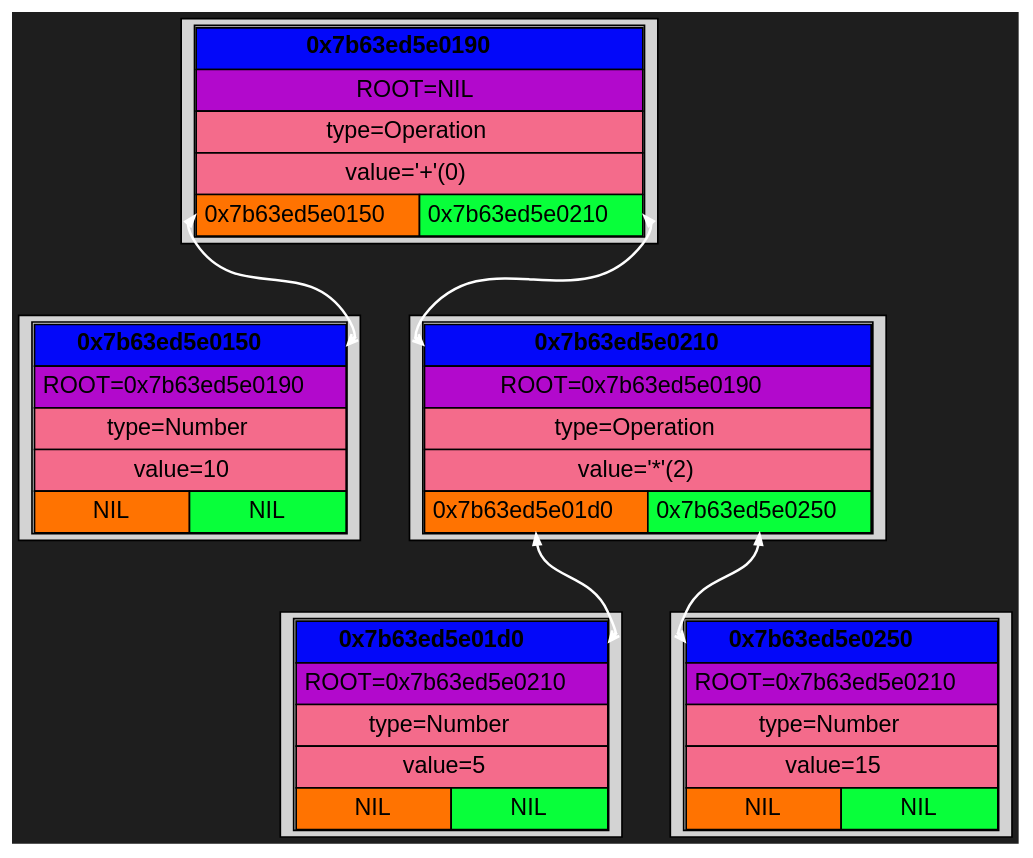
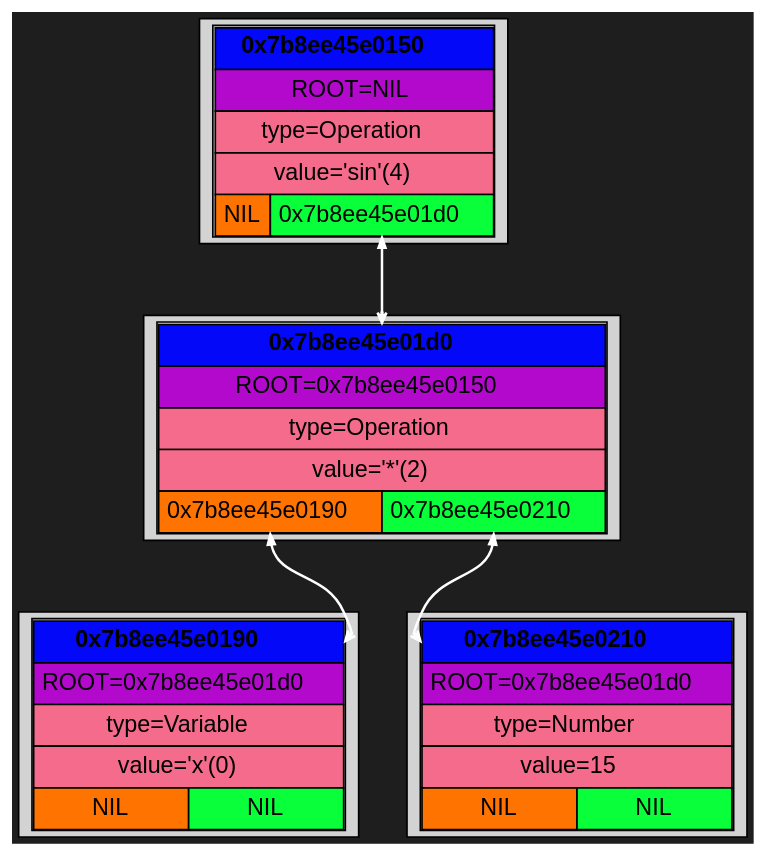
The diagram in Dump/BinTree/graph.dot (Kabuto-Mainer/Diff), drawn with Graphviz before and after one commit. The commit also changed 12 other files, not shown here.

```diff
--- a/Dump/BinTree/graph.dot
+++ b/Dump/BinTree/graph.dot
@@ -1,74 +1,61 @@
 digraph {
   rankdir=UD;
   bgcolor="#1e1e1e"
   nodesep=0.4;
   ranksep=0.6;
   node [shape=plaintext, style=filled, fontname="Helvetica"];
   edge [arrowhead=vee, arrowsize=0.6, penwidth=1.2];
 
-block_0x7b63ed5e0150 [shape=box, label=<
+block_0x7b8ee45e0190 [shape=box, label=<
 <TABLE CELLSPACING="0" CELLPADDING="4">
-<TR><TD PORT="root" BGCOLOR="#0308f9ff" COLSPAN="2"><B>0x7b63ed5e0150</B></TD></TR>
-<TR><TD BGCOLOR="#b209ccff" COLSPAN="2">ROOT=0x7b63ed5e0190</TD></TR>
-<TR><TD BGCOLOR="#f46b8bff" COLSPAN="2">type=Number</TD></TR>
-<TR><TD BGCOLOR="#f46b8bff" COLSPAN="2">value=10</TD></TR>
+<TR><TD PORT="root" BGCOLOR="#0308f9ff" COLSPAN="2"><B>0x7b8ee45e0190</B></TD></TR>
+<TR><TD BGCOLOR="#b209ccff" COLSPAN="2">ROOT=0x7b8ee45e01d0</TD></TR>
+<TR><TD BGCOLOR="#f46b8bff" COLSPAN="2">type=Variable</TD></TR>
+<TR><TD BGCOLOR="#f46b8bff" COLSPAN="2">value='x'(0)</TD></TR>
 <TR>
 <TD PORT="left" BGCOLOR="#ff7301ff">NIL</TD>
 <TD PORT="right" BGCOLOR="#08ff3aff">NIL</TD>
 </TR>
 </TABLE> >];
 
-block_0x7b63ed5e01d0 [shape=box, label=<
+block_0x7b8ee45e0210 [shape=box, label=<
 <TABLE CELLSPACING="0" CELLPADDING="4">
-<TR><TD PORT="root" BGCOLOR="#0308f9ff" COLSPAN="2"><B>0x7b63ed5e01d0</B></TD></TR>
-<TR><TD BGCOLOR="#b209ccff" COLSPAN="2">ROOT=0x7b63ed5e0210</TD></TR>
-<TR><TD BGCOLOR="#f46b8bff" COLSPAN="2">type=Number</TD></TR>
-<TR><TD BGCOLOR="#f46b8bff" COLSPAN="2">value=5</TD></TR>
-<TR>
-<TD PORT="left" BGCOLOR="#ff7301ff">NIL</TD>
-<TD PORT="right" BGCOLOR="#08ff3aff">NIL</TD>
-</TR>
-</TABLE> >];
-
-block_0x7b63ed5e0250 [shape=box, label=<
-<TABLE CELLSPACING="0" CELLPADDING="4">
-<TR><TD PORT="root" BGCOLOR="#0308f9ff" COLSPAN="2"><B>0x7b63ed5e0250</B></TD></TR>
-<TR><TD BGCOLOR="#b209ccff" COLSPAN="2">ROOT=0x7b63ed5e0210</TD></TR>
+<TR><TD PORT="root" BGCOLOR="#0308f9ff" COLSPAN="2"><B>0x7b8ee45e0210</B></TD></TR>
+<TR><TD BGCOLOR="#b209ccff" COLSPAN="2">ROOT=0x7b8ee45e01d0</TD></TR>
 <TR><TD BGCOLOR="#f46b8bff" COLSPAN="2">type=Number</TD></TR>
 <TR><TD BGCOLOR="#f46b8bff" COLSPAN="2">value=15</TD></TR>
 <TR>
 <TD PORT="left" BGCOLOR="#ff7301ff">NIL</TD>
 <TD PORT="right" BGCOLOR="#08ff3aff">NIL</TD>
 </TR>
 </TABLE> >];
 
-block_0x7b63ed5e0210 [shape=box, label=<
+block_0x7b8ee45e01d0 [shape=box, label=<
 <TABLE CELLSPACING="0" CELLPADDING="4">
-<TR><TD PORT="root" BGCOLOR="#0308f9ff" COLSPAN="2"><B>0x7b63ed5e0210</B></TD></TR>
-<TR><TD BGCOLOR="#b209ccff" COLSPAN="2">ROOT=0x7b63ed5e0190</TD></TR>
+<TR><TD PORT="root" BGCOLOR="#0308f9ff" COLSPAN="2"><B>0x7b8ee45e01d0</B></TD></TR>
+<TR><TD BGCOLOR="#b209ccff" COLSPAN="2">ROOT=0x7b8ee45e0150</TD></TR>
 <TR><TD BGCOLOR="#f46b8bff" COLSPAN="2">type=Operation</TD></TR>
 <TR><TD BGCOLOR="#f46b8bff" COLSPAN="2">value='*'(2)</TD></TR>
 <TR>
-<TD PORT="left" BGCOLOR="#ff7301ff">0x7b63ed5e01d0</TD>
-<TD PORT="right" BGCOLOR="#08ff3aff">0x7b63ed5e0250</TD>
+<TD PORT="left" BGCOLOR="#ff7301ff">0x7b8ee45e0190</TD>
+<TD PORT="right" BGCOLOR="#08ff3aff">0x7b8ee45e0210</TD>
 </TR>
 </TABLE> >];
 
-block_0x7b63ed5e0190 [shape=box, label=<
+block_0x7b8ee45e0150 [shape=box, label=<
 <TABLE CELLSPACING="0" CELLPADDING="4">
-<TR><TD PORT="root" BGCOLOR="#0308f9ff" COLSPAN="2"><B>0x7b63ed5e0190</B></TD></TR>
+<TR><TD PORT="root" BGCOLOR="#0308f9ff" COLSPAN="2"><B>0x7b8ee45e0150</B></TD></TR>
 <TR><TD BGCOLOR="#b209ccff" COLSPAN="2">ROOT=NIL</TD></TR>
 <TR><TD BGCOLOR="#f46b8bff" COLSPAN="2">type=Operation</TD></TR>
-<TR><TD BGCOLOR="#f46b8bff" COLSPAN="2">value='+'(0)</TD></TR>
+<TR><TD BGCOLOR="#f46b8bff" COLSPAN="2">value='sin'(4)</TD></TR>
 <TR>
-<TD PORT="left" BGCOLOR="#ff7301ff">0x7b63ed5e0150</TD>
-<TD PORT="right" BGCOLOR="#08ff3aff">0x7b63ed5e0210</TD>
+<TD PORT="left" BGCOLOR="#ff7301ff">NIL</TD>
+<TD PORT="right" BGCOLOR="#08ff3aff">0x7b8ee45e01d0</TD>
 </TR>
 </TABLE> >];
 
-block_0x7b63ed5e0210:right -> block_0x7b63ed5e0250:root [color="#fefefeff", penwidth = 1.5, arrowsize = 0.6, constraint = true, dir = both];
-block_0x7b63ed5e0210:left -> block_0x7b63ed5e01d0:root [color="#ffffffff", penwidth = 1.5, arrowsize = 0.6, constraint = true, dir = both];
-block_0x7b63ed5e0190:right -> block_0x7b63ed5e0210:root [color="#fefefeff", penwidth = 1.5, arrowsize = 0.6, constraint = true, dir = both];
-block_0x7b63ed5e0190:left -> block_0x7b63ed5e0150:root [color="#ffffffff", penwidth = 1.5, arrowsize = 0.6, constraint = true, dir = both];
+block_0x7b8ee45e01d0:right -> block_0x7b8ee45e0210:root [color="#fefefeff", penwidth = 1.5, arrowsize = 0.6, constraint = true, dir = both];
+block_0x7b8ee45e01d0:left -> block_0x7b8ee45e0190:root [color="#ffffffff", penwidth = 1.5, arrowsize = 0.6, constraint = true, dir = both];
+block_0x7b8ee45e0150:right -> block_0x7b8ee45e01d0:root [color="#fefefeff", penwidth = 1.5, arrowsize = 0.6, constraint = true, dir = both];
 
 }
```
